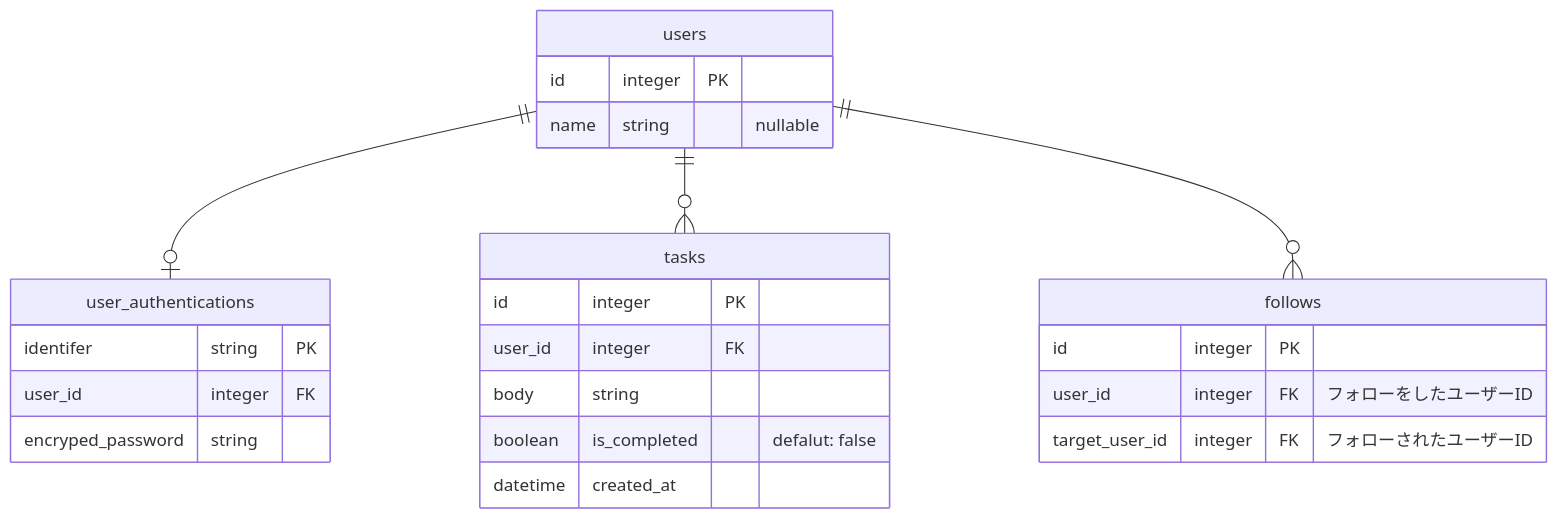
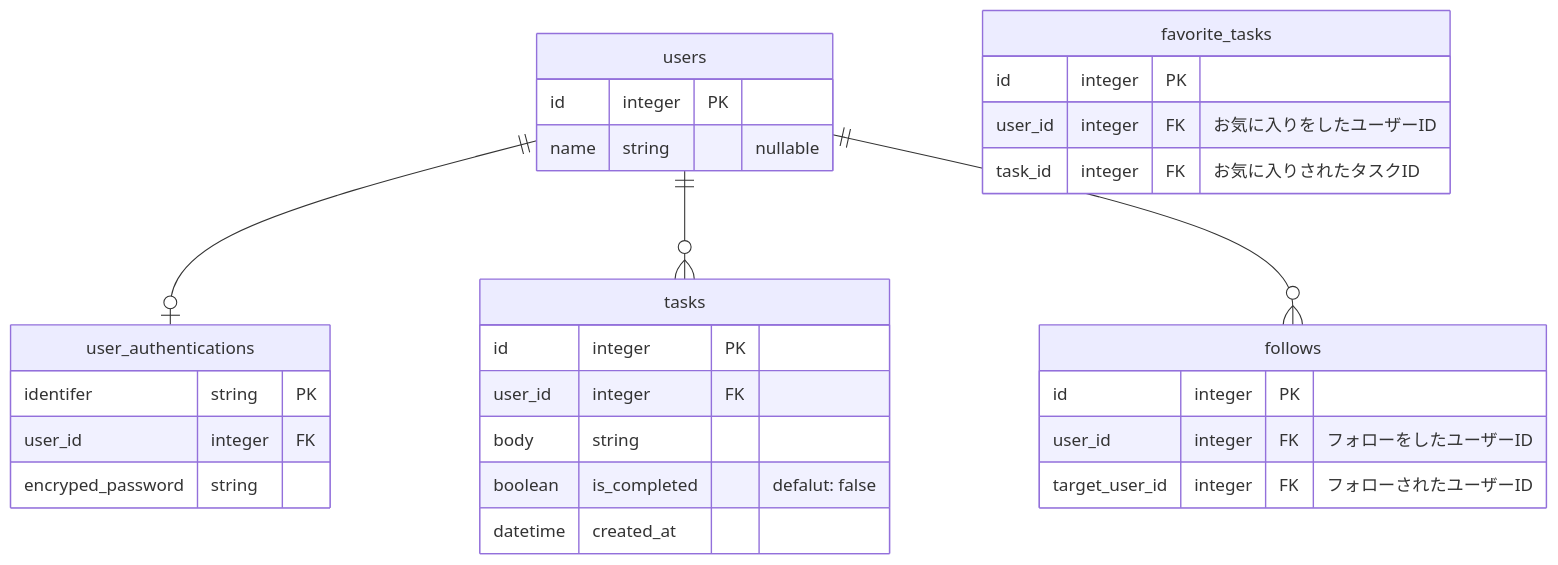
One commit to matcher-inc/pre-joining-assignment-for-intern changed the diagram in README.md. Above: the diagram before and after it, drawn with Mermaid. The commit also changed other lines of this file, not shown here.

First line of the commit message:
Update README with schema and endpoint details

````diff
--- a/README.md
+++ b/README.md
@@ -167,32 +159,38 @@
 ```mermaid
 erDiagram
 
 users {
   id integer PK
   name string "nullable"
 }
 
 user_authentications {
   identifer string PK
   user_id integer FK
   encryped_password string
 }
 
 tasks {
   id integer PK
   user_id integer FK
   body string
   boolean is_completed "defalut: false"
   datetime created_at
 }
 
 follows {
   id integer PK
   user_id integer FK "フォローをしたユーザーID"
   target_user_id integer FK "フォローされたユーザーID"
 }
 
+favorite_tasks {
+  id integer PK
+  user_id integer FK "お気に入りをしたユーザーID"
+  task_id integer FK "お気に入りされたタスクID"
+}
+
 users ||--o| user_authentications : ""
 users ||--o{ tasks : ""
 users ||--o{ follows : ""
 ```
````
